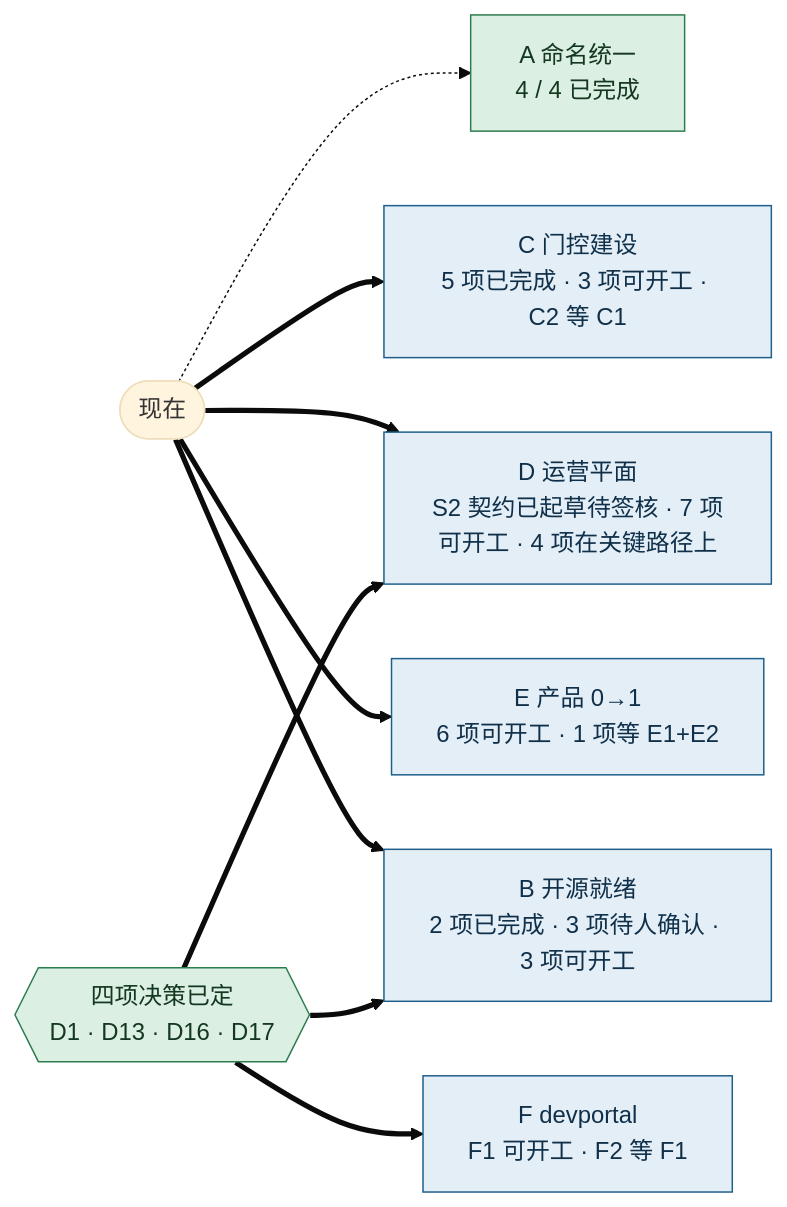
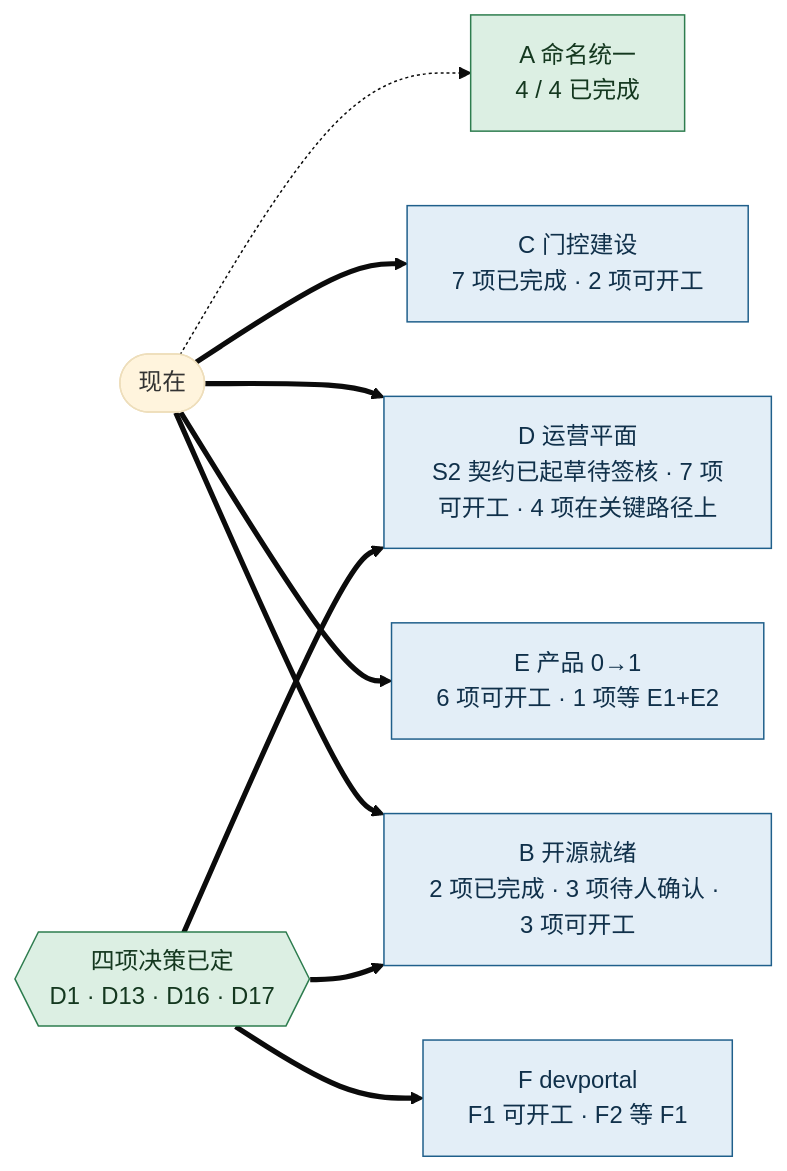
Before and after one commit to boardx/workspacex: the first of 4 diagrams in docs/research/implementation-backlog.md, drawn with Mermaid (base theme). The commit also changed other lines of this file and 11 other files, not shown here.

````diff
--- a/docs/research/implementation-backlog.md
+++ b/docs/research/implementation-backlog.md
@@ -51,23 +51,23 @@
 ```mermaid
 flowchart LR
     classDef done fill:#DCEFE3,stroke:#2E7D4F,color:#14381F
     classDef ready fill:#E3EEF7,stroke:#1F5F8B,color:#10304A
     classDef block fill:#F8E1DF,stroke:#B3261E,color:#5A120E,stroke-dasharray:4 3
     classDef dec fill:#26323A,stroke:#26323A,color:#FFFFFF
     NOW(["现在"])
     A["A 命名统一<br/>4 / 4 已完成"]:::done
-    C["C 门控建设<br/>5 项已完成 · 3 项可开工 · C2 等 C1"]:::ready
+    C["C 门控建设<br/>7 项已完成 · 2 项可开工"]:::ready
     D["D 运营平面<br/>S2 契约已起草待签核 · 7 项可开工 · 4 项在关键路径上"]:::ready
     E["E 产品 0→1<br/>6 项可开工 · 1 项等 E1+E2"]:::ready
     B["B 开源就绪<br/>2 项已完成 · 3 项待人确认 · 3 项可开工"]:::ready
     F["F devportal<br/>F1 可开工 · F2 等 F1"]:::ready
     G{{"四项决策已定<br/>D1 · D13 · D16 · D17"}}:::done
     NOW -.-> A
     NOW ==> C
     NOW ==> D
     NOW ==> E
     NOW ==> B
     G ==> B
     G ==> F
     G ==> D
 ```
````
